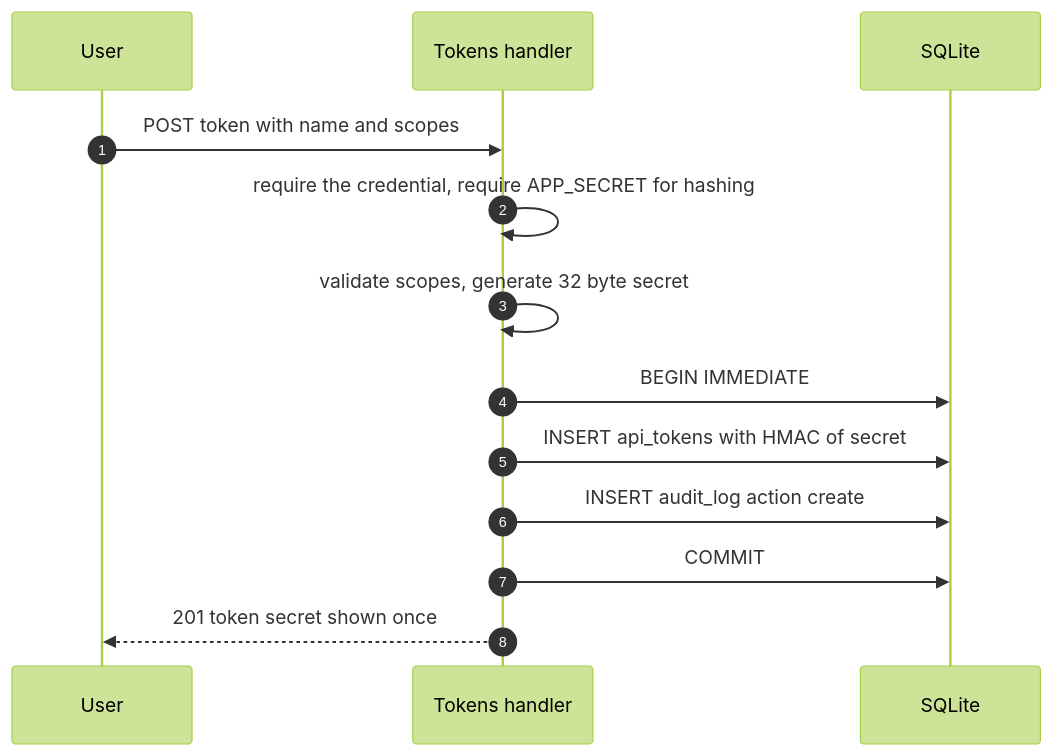
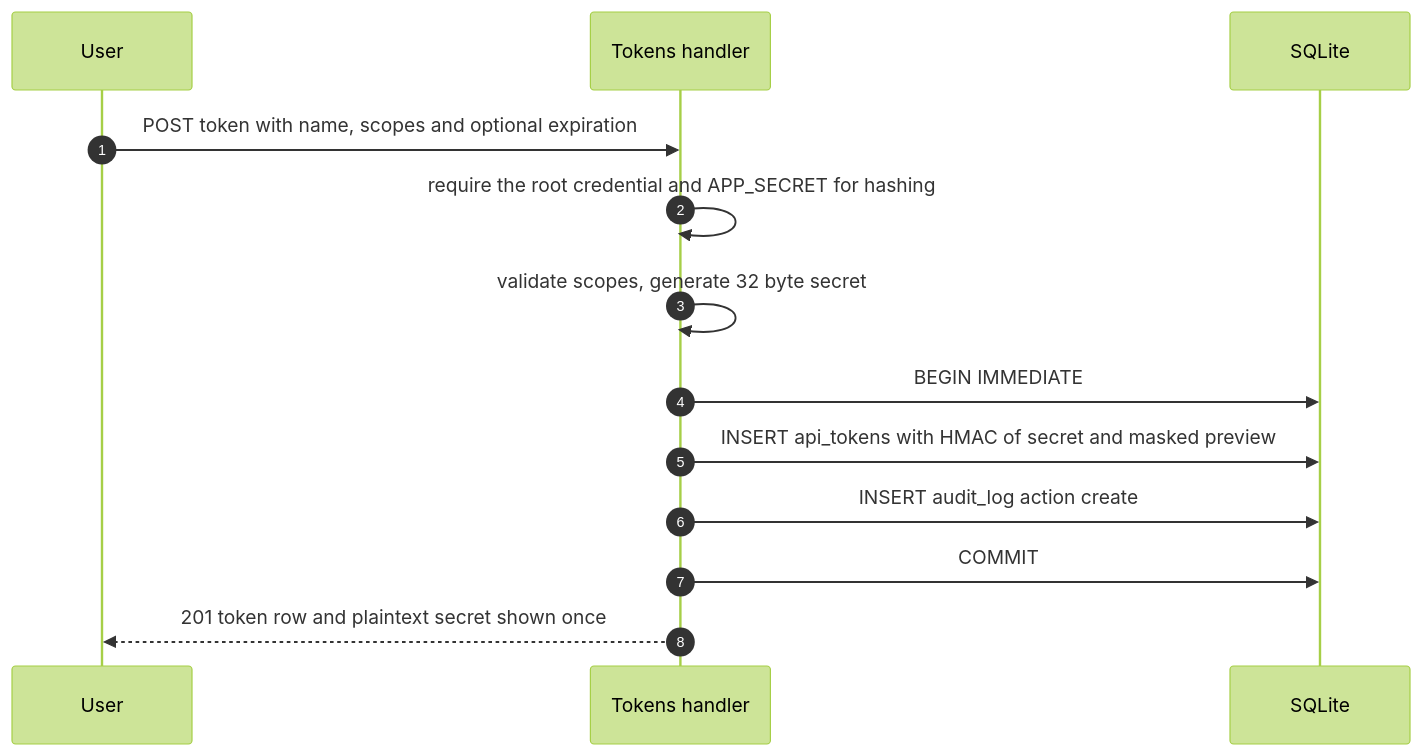
One commit to dimasbaguspm/spenicle changed diagram 18 of 20 in docs/v2-api.md. Above: the diagram before and after it, drawn with Mermaid (forest theme). The commit also changed other lines of this file and 44 other files, not shown here.

````diff
--- a/docs/v2-api.md
+++ b/docs/v2-api.md
@@ -911,15 +956,15 @@
 ```mermaid
 sequenceDiagram
     autonumber
     participant U as User
     participant API as Tokens handler
     participant DB as SQLite
-    U->>API: POST token with name and scopes
-    API->>API: require the credential, require APP_SECRET for hashing
+    U->>API: POST token with name, scopes and optional expiration
+    API->>API: require the root credential and APP_SECRET for hashing
     API->>API: validate scopes, generate 32 byte secret
     API->>DB: BEGIN IMMEDIATE
-    API->>DB: INSERT api_tokens with HMAC of secret
+    API->>DB: INSERT api_tokens with HMAC of secret and masked preview
     API->>DB: INSERT audit_log action create
     API->>DB: COMMIT
-    API-->>U: 201 token secret shown once
+    API-->>U: 201 token row and plaintext secret shown once
 ```
````
